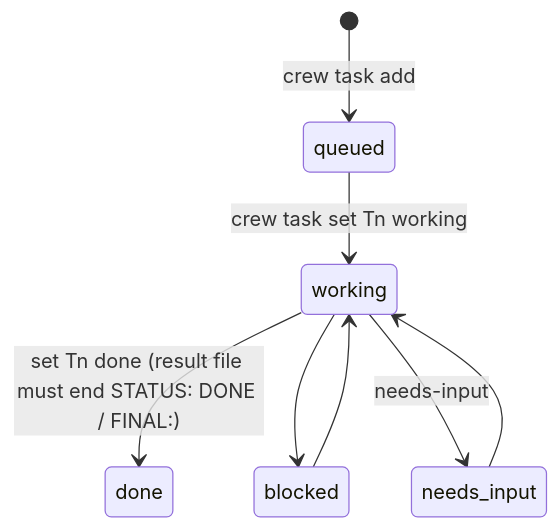
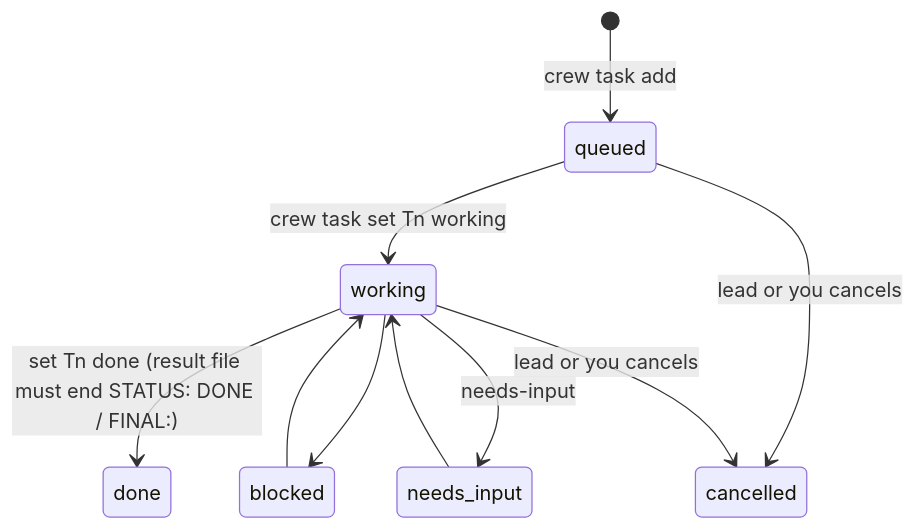
Before and after one commit to mifwar/crew: the first of 2 diagrams in lode/cli/tasks.md, drawn with Mermaid. The commit also changed other lines of this file and 34 other files, not shown here.

````diff
--- a/lode/cli/tasks.md
+++ b/lode/cli/tasks.md
@@ -3,10 +3,12 @@
 ```mermaid
 stateDiagram-v2
   [*] --> queued: crew task add
   queued --> working: crew task set Tn working
   working --> done: set Tn done (result file must end STATUS: DONE / FINAL:)
   working --> blocked
   working --> needs_input: needs-input
+  queued --> cancelled: lead or you cancels
+  working --> cancelled: lead or you cancels
   blocked --> working
   needs_input --> working
 ```
````
